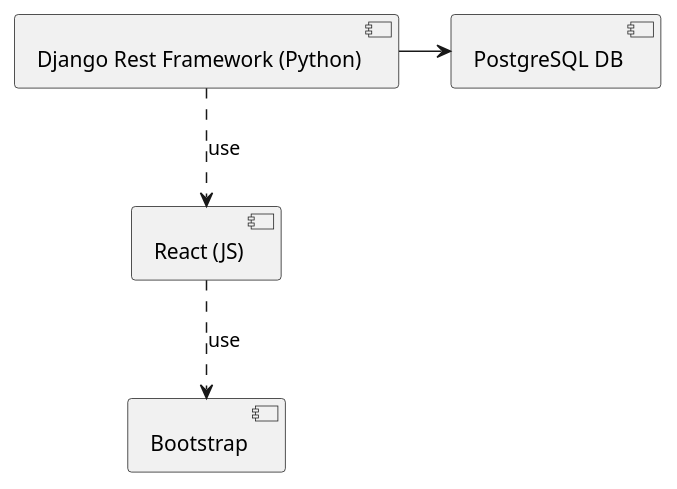
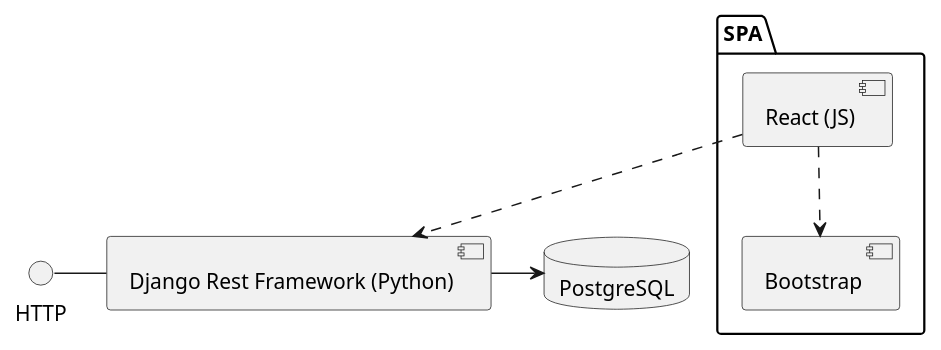
Before and after one commit to zyppyvids/SimpleCarAPI: the diagram in PlantUML/appStructure.puml, drawn with PlantUML. The commit also changed 14 other files, not shown here.

```diff
--- a/PlantUML/appStructure.puml
+++ b/PlantUML/appStructure.puml
@@ -1,5 +1,12 @@
 @startuml AppStructure
-[Django Rest Framework (Python)] -> [PostgreSQL DB]
-[Django Rest Framework (Python)] ..> [React (JS)] : use
-[React (JS)] ..> [Bootstrap] : use
+database "PostgreSQL" 
+package "SPA" {
+    [React (JS)]
+    [Bootstrap]
+}
+
+HTTP - [Django Rest Framework (Python)]
+[Django Rest Framework (Python)] -> [PostgreSQL]
+[React (JS)] ..> [Bootstrap]
+[React (JS)] ..> [Django Rest Framework (Python)]
 @enduml
```
